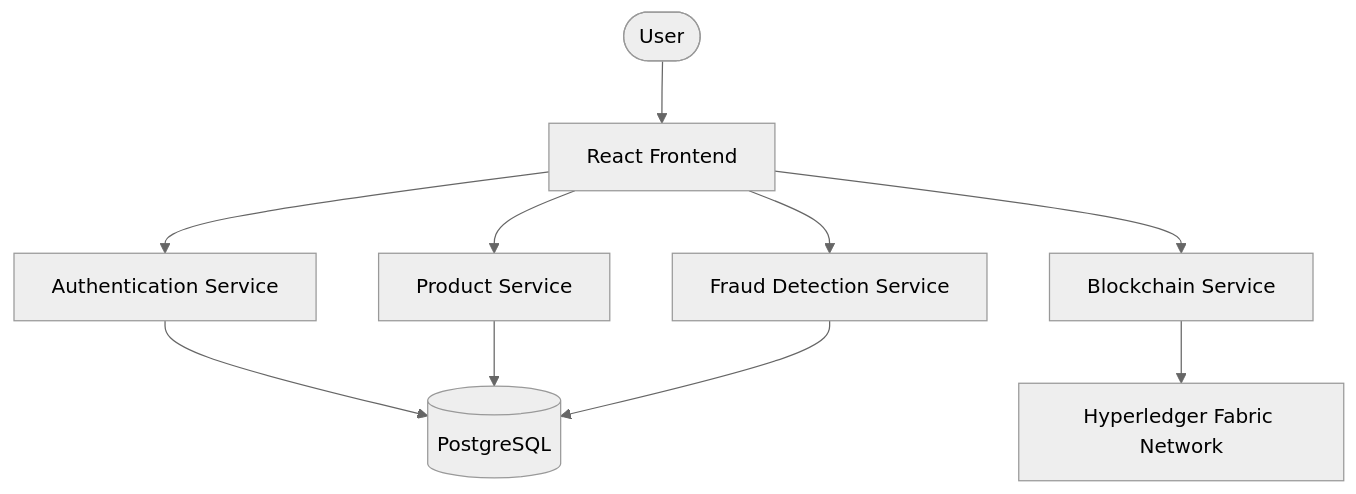
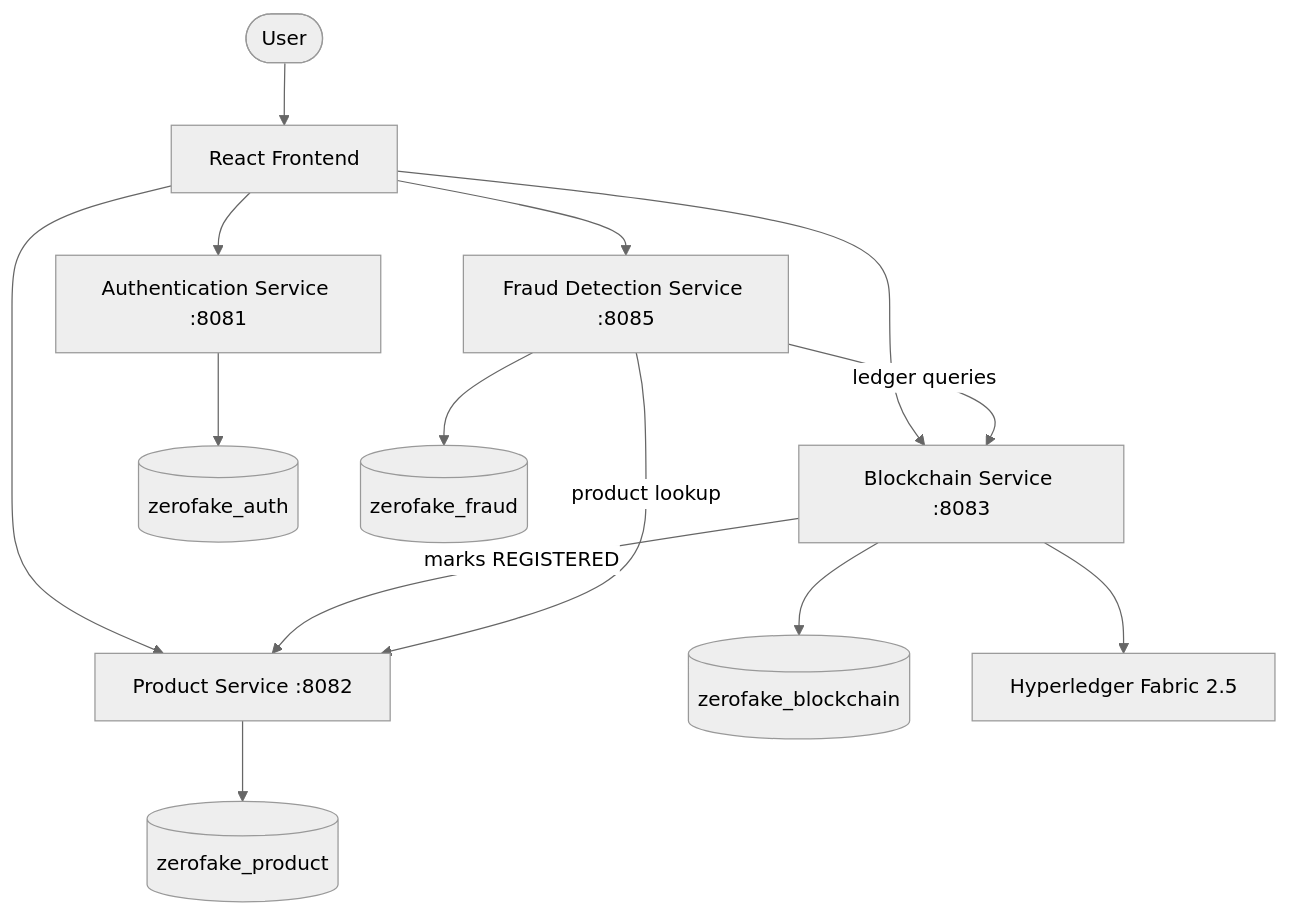
One commit to RishiDargad18/ZeroFake changed the diagram in README.md. Above: the diagram before and after it, drawn with Mermaid (neutral theme). The commit also changed other lines of this file and 4 other files, not shown here.

First line of the commit message:
docs: rewrite README and add architecture and audit documentation

````diff
--- a/README.md
+++ b/README.md
@@ -25,15 +27,20 @@
 ```mermaid
 graph TD
     User([User]) --> Frontend[React Frontend]
 
-    Frontend --> Auth[Authentication Service]
-    Frontend --> Product[Product Service]
-    Frontend --> Fraud[Fraud Detection Service]
-    Frontend --> Blockchain[Blockchain Service]
+    Frontend --> Auth["Authentication Service :8081"]
+    Frontend --> Product["Product Service :8082"]
+    Frontend --> Blockchain["Blockchain Service :8083"]
+    Frontend --> Fraud["Fraud Detection Service :8085"]
 
-    Auth --> DB[(PostgreSQL)]
-    Product --> DB
-    Fraud --> DB
+    Blockchain -->|marks REGISTERED| Product
+    Fraud -->|product lookup| Product
+    Fraud -->|ledger queries| Blockchain
 
-    Blockchain --> Fabric[Hyperledger Fabric Network]
+    Auth --> AuthDB[(zerofake_auth)]
+    Product --> ProductDB[(zerofake_product)]
+    Blockchain --> BlockchainDB[(zerofake_blockchain)]
+    Fraud --> FraudDB[(zerofake_fraud)]
+
+    Blockchain --> Fabric[Hyperledger Fabric 2.5]
 ```
````
